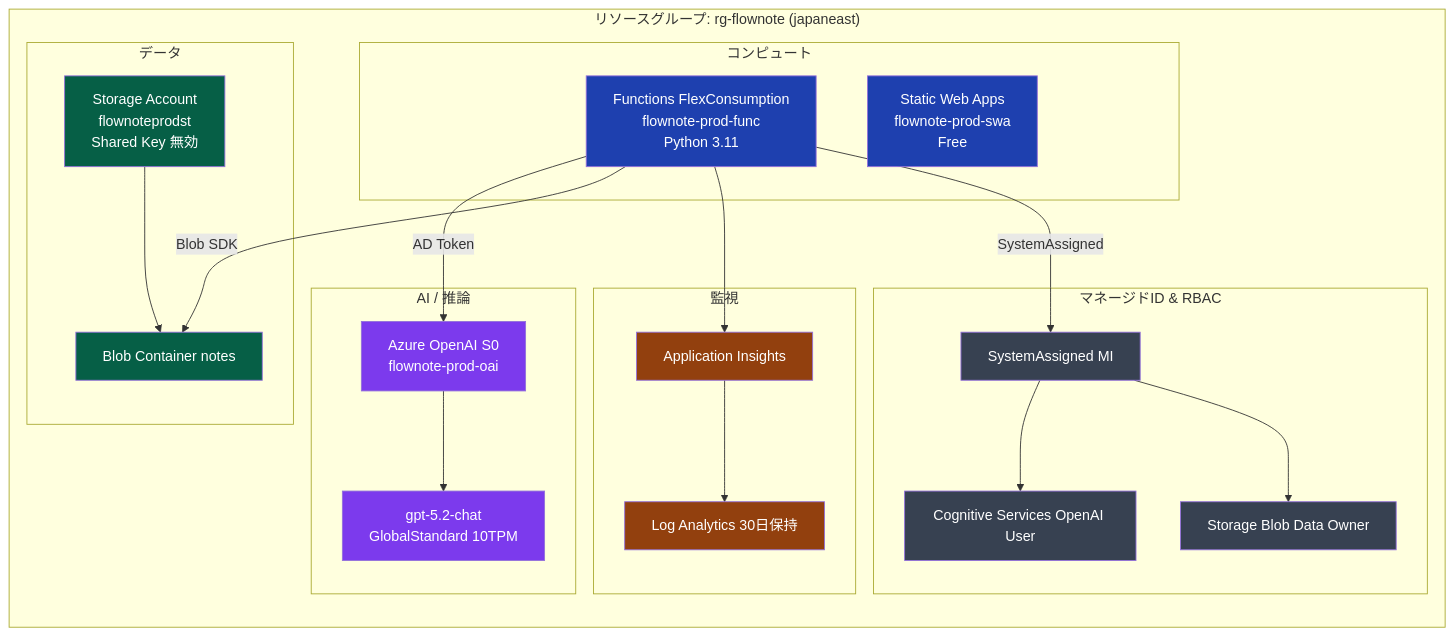
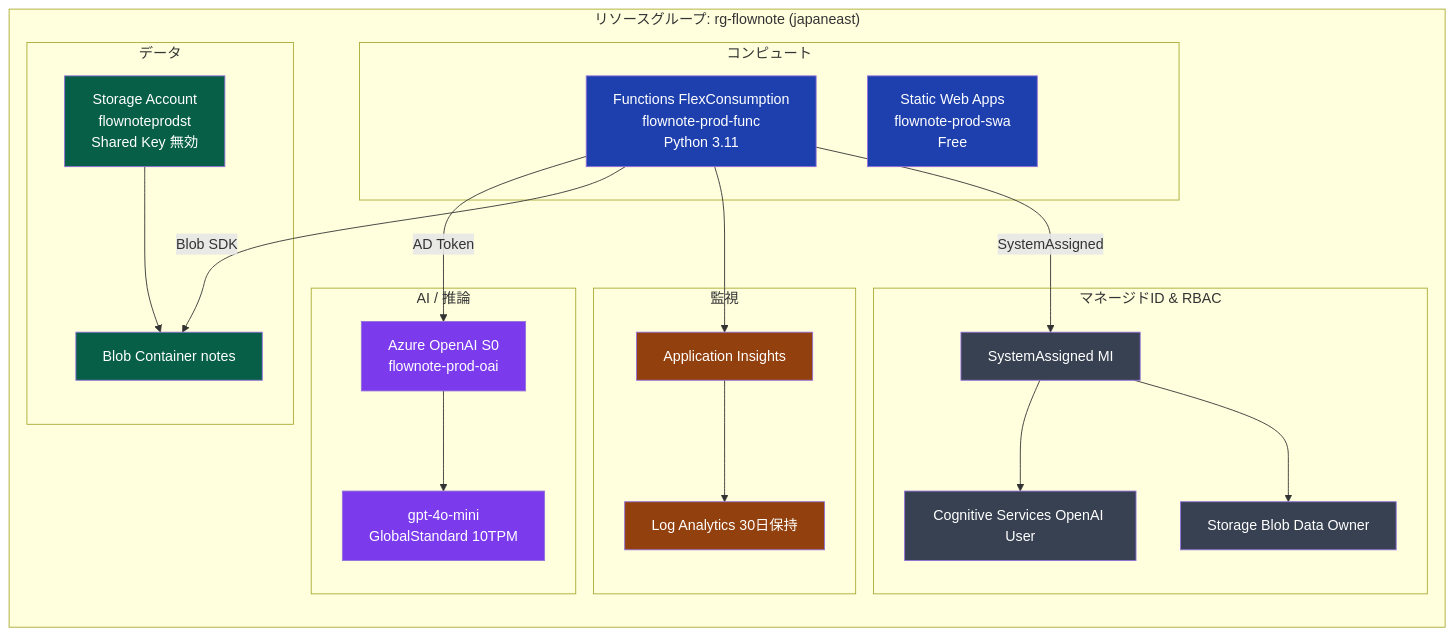
The fifth of 5 diagrams in README.md (geekfujiwara/FlowNote), drawn with Mermaid before and after one commit. The commit also changed other lines of this file and 1 other file, not shown here.

Commit message:
fix: replace unsupported model names with gpt-4o-mini to fix 400 error

````diff
--- a/README.md
+++ b/README.md
@@ -202,53 +202,53 @@
 ```mermaid
 graph TB
     subgraph RG["リソースグループ: rg-flownote (japaneast)"]
         direction TB
 
         subgraph Compute["コンピュート"]
             SWA["Static Web Apps\nflownote-prod-swa\nFree"]
             Func["Functions FlexConsumption\nflownote-prod-func\nPython 3.11"]
         end
 
         subgraph AI["AI / 推論"]
             OAI["Azure OpenAI S0\nflownote-prod-oai"]
-            Model["gpt-5.2-chat\nGlobalStandard 10TPM"]
+            Model["gpt-4o-mini\nGlobalStandard 10TPM"]
             OAI --> Model
         end
 
         subgraph Data["データ"]
             ST["Storage Account\nflownoteprodst\nShared Key 無効"]
             Blob["Blob Container notes"]
             ST --> Blob
         end
 
         subgraph Monitor["監視"]
             APPI["Application Insights"]
             LAW["Log Analytics 30日保持"]
             APPI --> LAW
         end
 
         subgraph IAM["マネージドID & RBAC"]
             MI["SystemAssigned MI"]
             R1["Storage Blob Data Owner"]
             R2["Cognitive Services OpenAI User"]
             MI --> R1
             MI --> R2
         end
 
         Func -- SystemAssigned --> MI
         Func --> APPI
         Func -- Blob SDK --> Blob
         Func -- AD Token --> OAI
     end
 
     classDef compute fill:#1e40af,color:#fff
     classDef ai fill:#7c3aed,color:#fff
     classDef data fill:#065f46,color:#fff
     classDef monitor fill:#92400e,color:#fff
     classDef iam fill:#374151,color:#fff
     class SWA,Func compute
     class OAI,Model ai
     class ST,Blob data
     class APPI,LAW monitor
     class MI,R1,R2 iam
 ```
````
